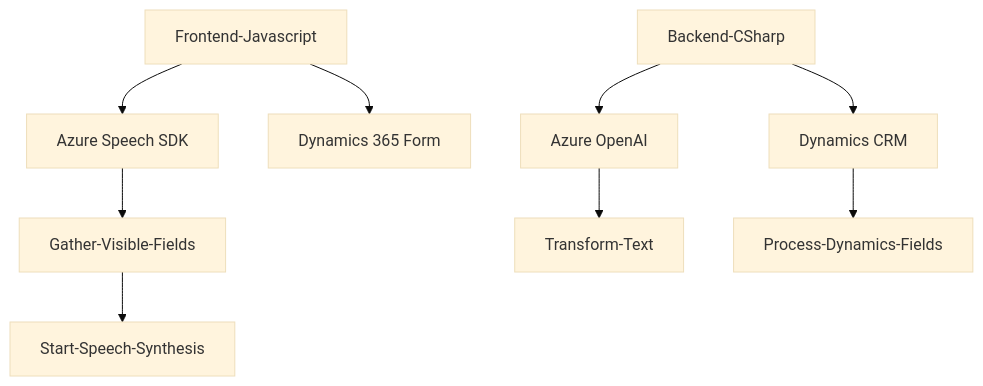
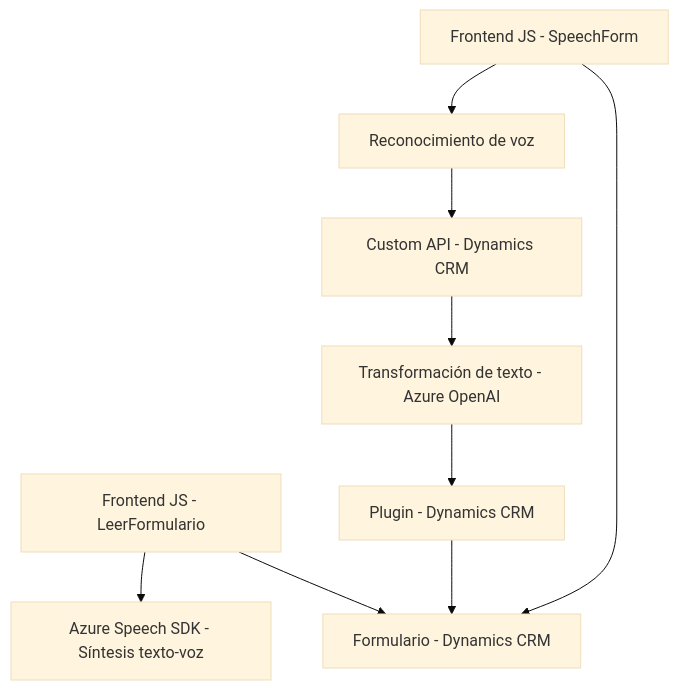
One commit to blopezdm/NETCORE_BILBAO2025 changed the diagram in README.md. Above: the diagram before and after it, drawn with Mermaid (base theme). The commit also changed other lines of this file, not shown here.

````diff
--- a/README.md
+++ b/README.md
@@ -47,12 +35,11 @@
 ```mermaid
 graph TD
-    A["Frontend-Javascript"] --> B["Azure Speech SDK"]
-    A["Frontend-Javascript"] --> C["Dynamics 365 Form"]
-    B --> D["Gather-Visible-Fields"]
-    D --> E["Start-Speech-Synthesis"]
-
-    F["Backend-CSharp"] --> G["Dynamics CRM"]
-    F --> H["Azure OpenAI"]
-    H --> I["Transform-Text"]
-    G --> J["Process-Dynamics-Fields"]
+    A[Frontend JS - LeerFormulario] --> B[Azure Speech SDK - Síntesis texto-voz]
+    C[Frontend JS - SpeechForm] --> D[Reconocimiento de voz]
+    D --> E["Custom API - Dynamics CRM"]
+    E --> F[Transformación de texto - Azure OpenAI]
+    F --> G[Plugin - Dynamics CRM]
+    G --> H[Formulario - Dynamics CRM]
+    A --> H
+    C --> H
 ```
````
